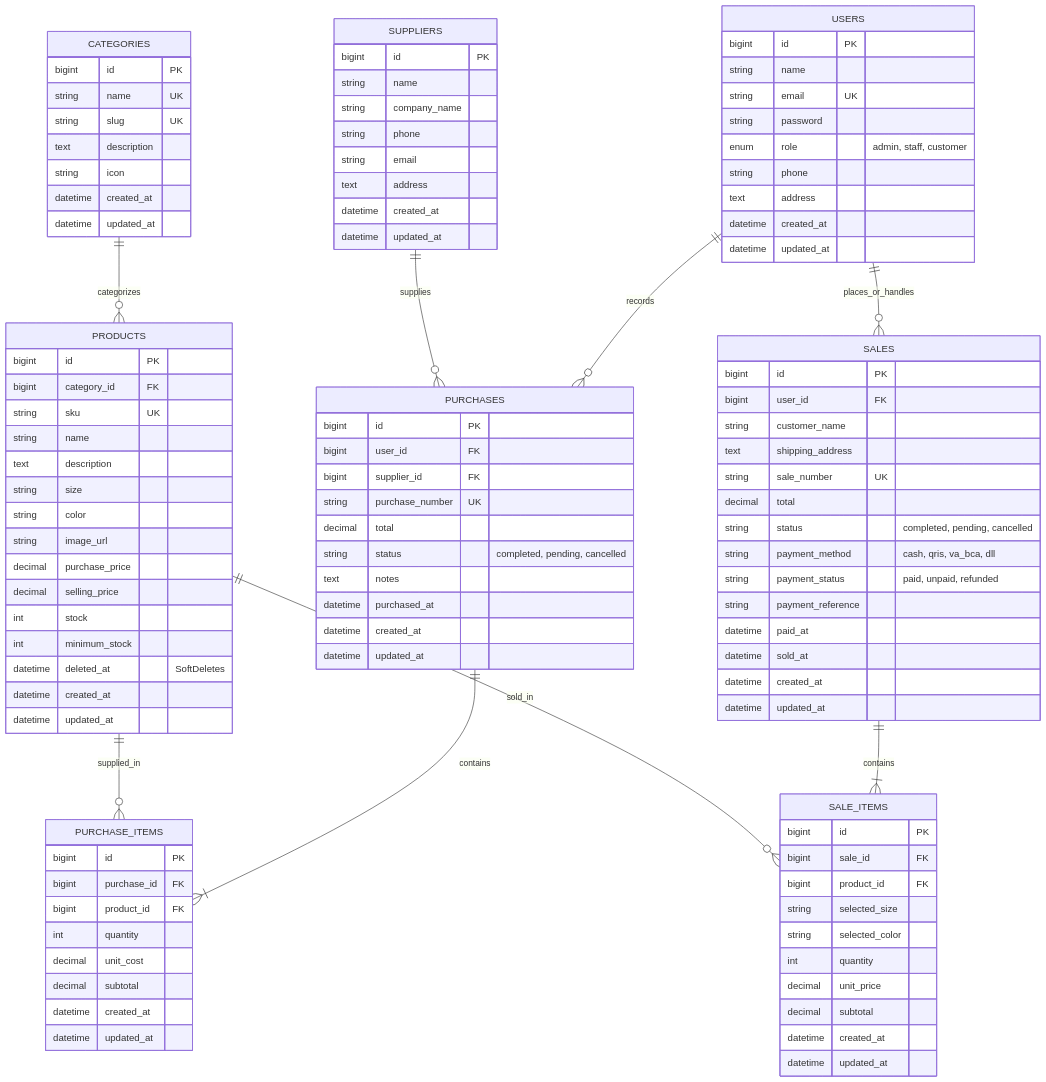
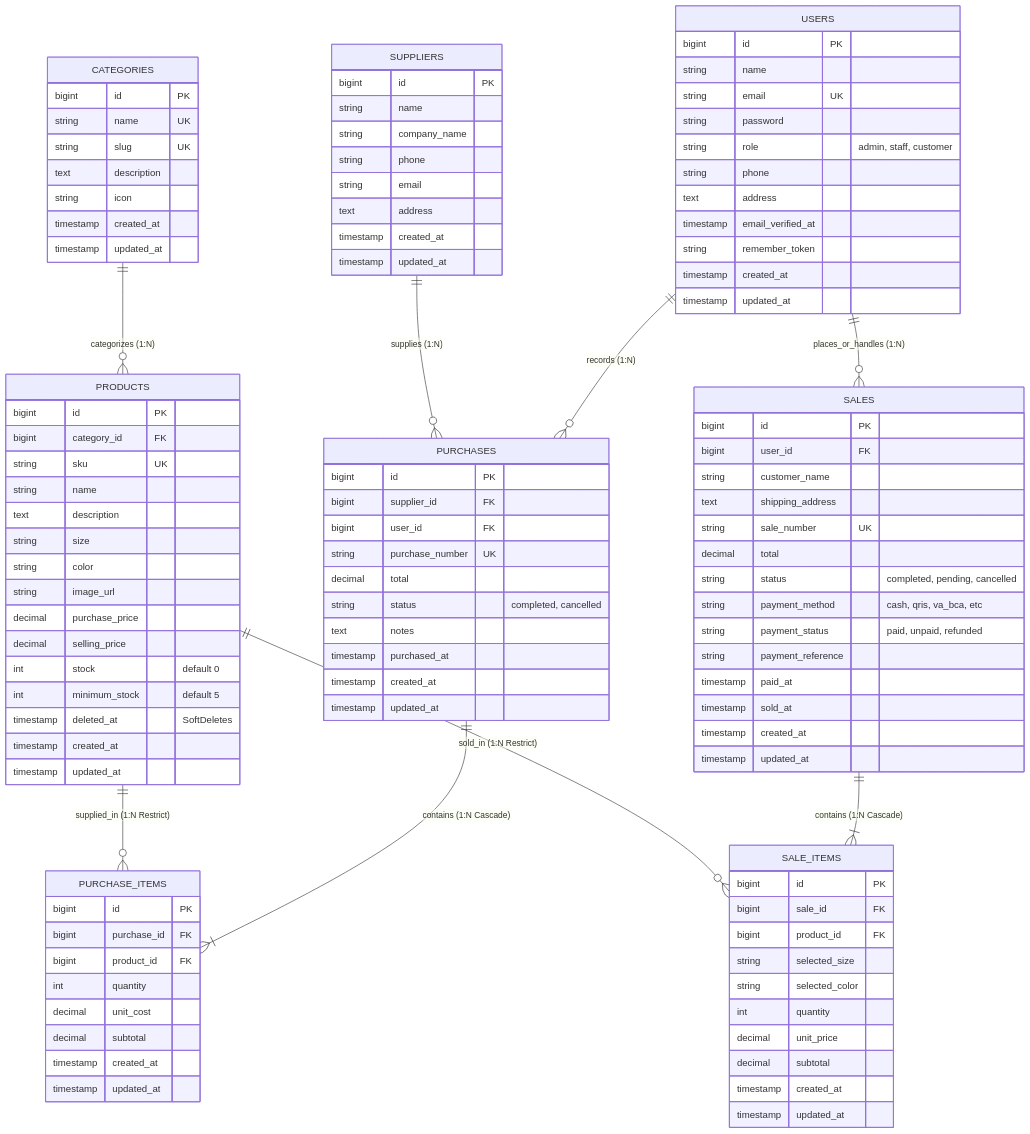
The diagram in README.md (mera28/UTS_Integrated_Laravel_Project), drawn with Mermaid before and after one commit. The commit also changed other lines of this file and 1 other file, not shown here.

Commit message:
add generated ERD diagram image, application screenshots, and complete README

````diff
--- a/README.md
+++ b/README.md
@@ -91,26 +199,28 @@
 ```mermaid
 erDiagram
-    USERS ||--o{ PURCHASES : "records"
-    USERS ||--o{ SALES : "places_or_handles"
-    CATEGORIES ||--o{ PRODUCTS : "categorizes"
-    SUPPLIERS ||--o{ PURCHASES : "supplies"
+    USERS ||--o{ PURCHASES : "records (1:N)"
+    USERS ||--o{ SALES : "places_or_handles (1:N)"
+    CATEGORIES ||--o{ PRODUCTS : "categorizes (1:N)"
+    SUPPLIERS ||--o{ PURCHASES : "supplies (1:N)"
     
-    PURCHASES ||--|{ PURCHASE_ITEMS : "contains"
-    PRODUCTS ||--o{ PURCHASE_ITEMS : "supplied_in"
+    PURCHASES ||--|{ PURCHASE_ITEMS : "contains (1:N Cascade)"
+    PRODUCTS ||--o{ PURCHASE_ITEMS : "supplied_in (1:N Restrict)"
     
-    SALES ||--|{ SALE_ITEMS : "contains"
-    PRODUCTS ||--o{ SALE_ITEMS : "sold_in"
+    SALES ||--|{ SALE_ITEMS : "contains (1:N Cascade)"
+    PRODUCTS ||--o{ SALE_ITEMS : "sold_in (1:N Restrict)"
 
     USERS {
         bigint id PK
         string name
         string email UK
         string password
-        enum role "admin, staff, customer"
+        string role "admin, staff, customer"
         string phone
         text address
-        datetime created_at
-        datetime updated_at
+        timestamp email_verified_at
+        string remember_token
+        timestamp created_at
+        timestamp updated_at
     }
 
     CATEGORIES {
@@ -119,8 +229,8 @@
         string slug UK
         text description
         string icon
-        datetime created_at
-        datetime updated_at
+        timestamp created_at
+        timestamp updated_at
     }
 
     SUPPLIERS {
@@ -130,8 +240,8 @@
         string phone
         string email
         text address
-        datetime created_at
-        datetime updated_at
+        timestamp created_at
+        timestamp updated_at
     }
 
     PRODUCTS {
@@ -145,24 +255,24 @@
         string image_url
         decimal purchase_price
         decimal selling_price
-        int stock
-        int minimum_stock
-        datetime deleted_at "SoftDeletes"
-        datetime created_at
-        datetime updated_at
+        int stock "default 0"
+        int minimum_stock "default 5"
+        timestamp deleted_at "SoftDeletes"
+        timestamp created_at
+        timestamp updated_at
     }
 
     PURCHASES {
         bigint id PK
+        bigint supplier_id FK
         bigint user_id FK
-        bigint supplier_id FK
         string purchase_number UK
         decimal total
-        string status "completed, pending, cancelled"
+        string status "completed, cancelled"
         text notes
-        datetime purchased_at
-        datetime created_at
-        datetime updated_at
+        timestamp purchased_at
+        timestamp created_at
+        timestamp updated_at
     }
 
     PURCHASE_ITEMS {
@@ -172,8 +282,8 @@
         int quantity
         decimal unit_cost
         decimal subtotal
-        datetime created_at
-        datetime updated_at
+        timestamp created_at
+        timestamp updated_at
     }
 
     SALES {
@@ -184,13 +294,13 @@
         string sale_number UK
         decimal total
         string status "completed, pending, cancelled"
-        string payment_method "cash, qris, va_bca, dll"
+        string payment_method "cash, qris, va_bca, etc"
         string payment_status "paid, unpaid, refunded"
         string payment_reference
-        datetime paid_at
-        datetime sold_at
-        datetime created_at
-        datetime updated_at
+        timestamp paid_at
+        timestamp sold_at
+        timestamp created_at
+        timestamp updated_at
     }
 
     SALE_ITEMS {
@@ -202,7 +312,7 @@
         int quantity
         decimal unit_price
         decimal subtotal
-        datetime created_at
-        datetime updated_at
+        timestamp created_at
+        timestamp updated_at
     }
 ```
````
